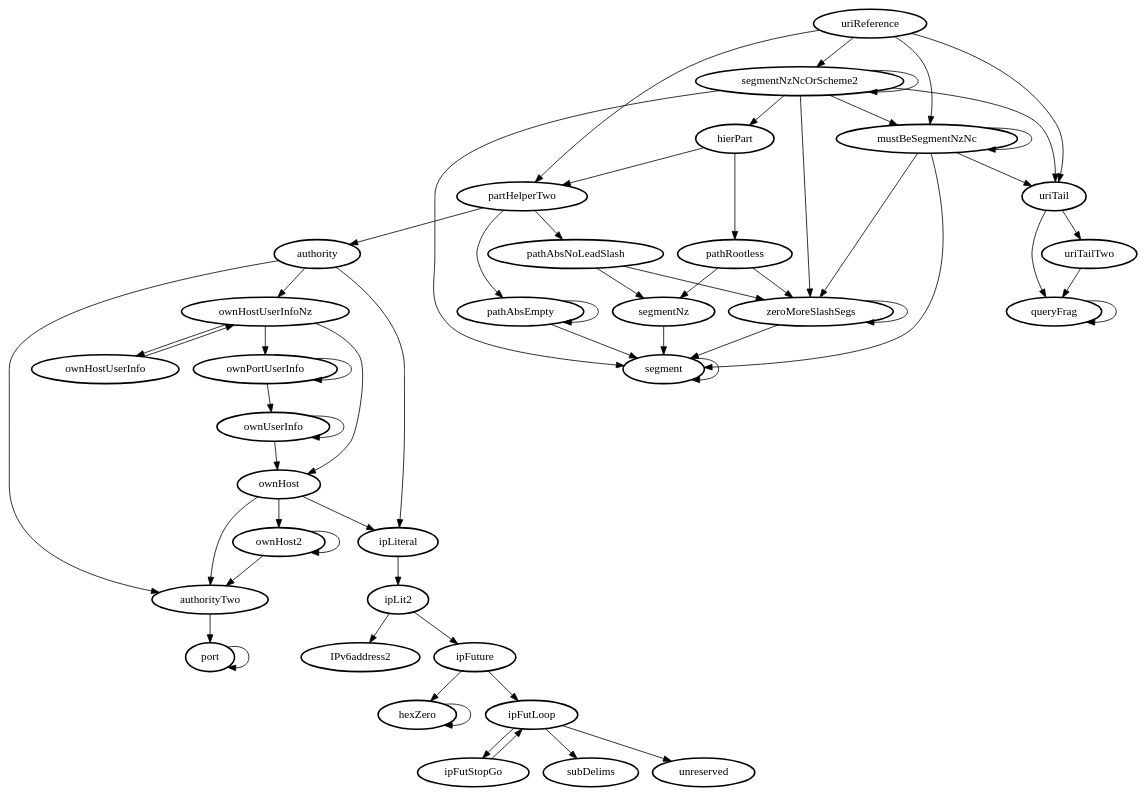
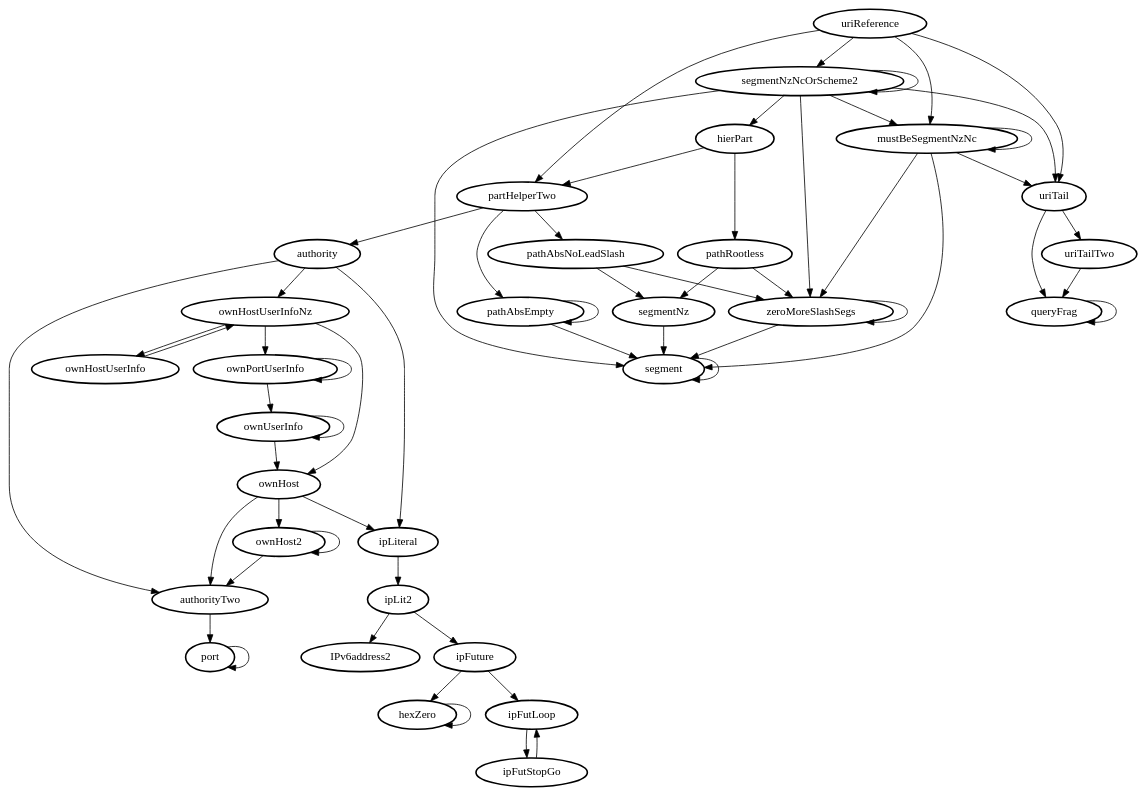
The diagram in doc/rule_dependencies.dot (GaijinEntertainment/daScript), drawn with Graphviz before and after one commit.

Commit message:
Two irrelevant rules removed

```diff
--- a/doc/rule_dependencies.dot
+++ b/doc/rule_dependencies.dot
@@ -1,66 +1,64 @@
 digraph whoCallsWhom {
 	size="20,20";
 	fontsize=12
 	node [style=bold];
 	"authority" -> "authorityTwo";
 	"authority" -> "ipLiteral";
 	"authority" -> "ownHostUserInfoNz";
 	"authorityTwo" -> "port";
 	"hexZero" -> "hexZero";
 	"hierPart" -> "partHelperTwo";
 	"hierPart" -> "pathRootless";
 	"ipFutLoop" -> "ipFutStopGo";
-	"ipFutLoop" -> "subDelims";
-	"ipFutLoop" -> "unreserved";
 	"ipFutStopGo" -> "ipFutLoop";
 	"ipFuture" -> "hexZero";
 	"ipFuture" -> "ipFutLoop";
 	"ipLit2" -> "ipFuture";
 	"ipLit2" -> "IPv6address2";
 	"ipLiteral" -> "ipLit2";
 	"mustBeSegmentNzNc" -> "mustBeSegmentNzNc";
 	"mustBeSegmentNzNc" -> "segment";
 	"mustBeSegmentNzNc" -> "uriTail";
 	"mustBeSegmentNzNc" -> "zeroMoreSlashSegs";
 	"ownHost" -> "authorityTwo";
 	"ownHost" -> "ipLiteral";
 	"ownHost" -> "ownHost2";
 	"ownHost2" -> "authorityTwo";
 	"ownHost2" -> "ownHost2";
 	"ownHostUserInfo" -> "ownHostUserInfoNz";
 	"ownHostUserInfoNz" -> "ownHost";
 	"ownHostUserInfoNz" -> "ownHostUserInfo";
 	"ownHostUserInfoNz" -> "ownPortUserInfo";
 	"ownPortUserInfo" -> "ownPortUserInfo";
 	"ownPortUserInfo" -> "ownUserInfo";
 	"ownUserInfo" -> "ownHost";
 	"ownUserInfo" -> "ownUserInfo";
 	"partHelperTwo" -> "authority";
 	"partHelperTwo" -> "pathAbsEmpty";
 	"partHelperTwo" -> "pathAbsNoLeadSlash";
 	"pathAbsEmpty" -> "pathAbsEmpty";
 	"pathAbsEmpty" -> "segment";
 	"pathAbsNoLeadSlash" -> "segmentNz";
 	"pathAbsNoLeadSlash" -> "zeroMoreSlashSegs";
 	"pathRootless" -> "segmentNz";
 	"pathRootless" -> "zeroMoreSlashSegs";
 	"port" -> "port";
 	"queryFrag" -> "queryFrag";
 	"segment" -> "segment";
 	"segmentNz" -> "segment";
 	"segmentNzNcOrScheme2" -> "hierPart";
 	"segmentNzNcOrScheme2" -> "mustBeSegmentNzNc";
 	"segmentNzNcOrScheme2" -> "segment";
 	"segmentNzNcOrScheme2" -> "segmentNzNcOrScheme2";
 	"segmentNzNcOrScheme2" -> "uriTail";
 	"segmentNzNcOrScheme2" -> "zeroMoreSlashSegs";
 	"uriReference" -> "mustBeSegmentNzNc";
 	"uriReference" -> "partHelperTwo";
 	"uriReference" -> "segmentNzNcOrScheme2";
 	"uriReference" -> "uriTail";
 	"uriTail" -> "queryFrag";
 	"uriTail" -> "uriTailTwo";
 	"uriTailTwo" -> "queryFrag";
 	"zeroMoreSlashSegs" -> "segment";
 	"zeroMoreSlashSegs" -> "zeroMoreSlashSegs";
 }
```
